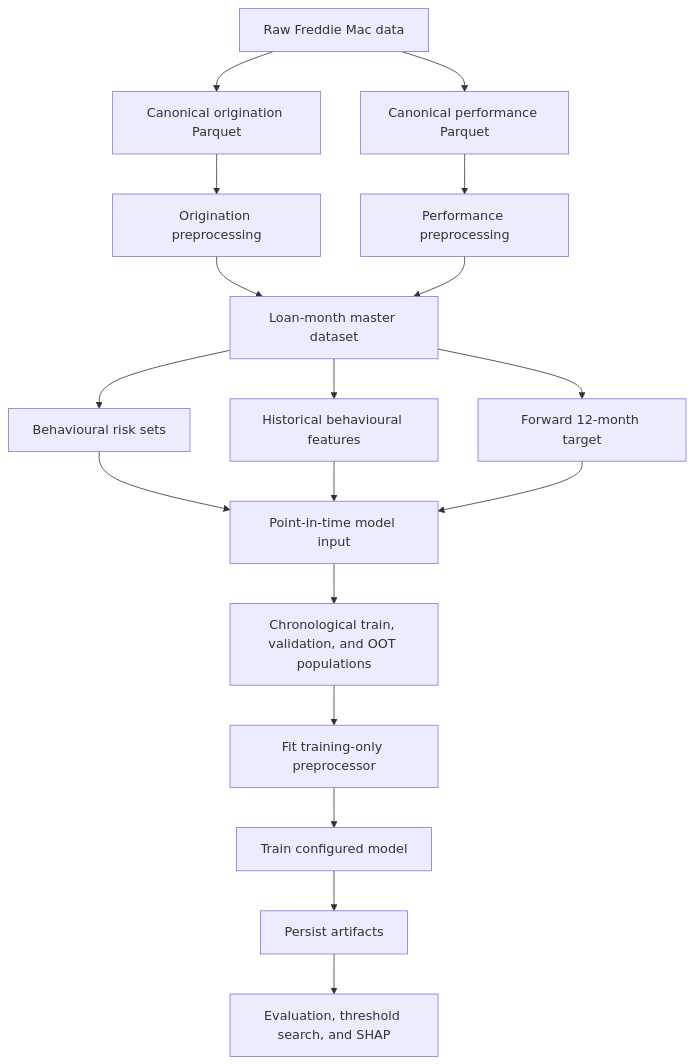
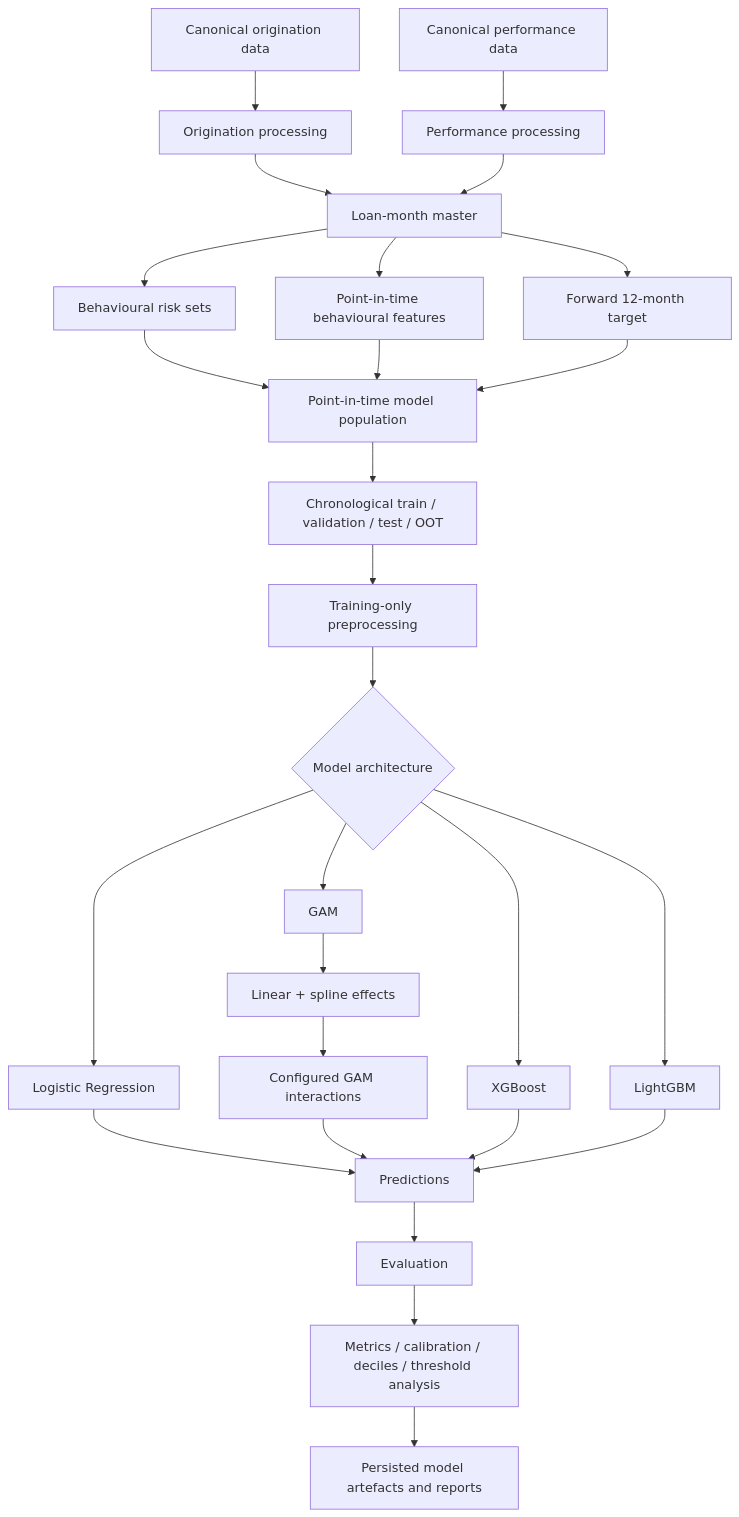
One commit to dhrumilvora/mortgage-credit-risk changed the diagram in docs/project_flow.md. Above: the diagram before and after it, drawn with Mermaid. The commit also changed other lines of this file and 7 other files, not shown here.

````diff
--- a/docs/project_flow.md
+++ b/docs/project_flow.md
@@ -5,20 +27,40 @@
 ```mermaid
 flowchart TD
-    A[Raw Freddie Mac data] --> B[Canonical origination Parquet]
-    A --> C[Canonical performance Parquet]
-    B --> D[Origination preprocessing]
-    C --> E[Performance preprocessing]
-    D --> F[Loan-month master dataset]
-    E --> F
-    F --> G[Behavioural risk sets]
-    F --> H[Historical behavioural features]
-    F --> I[Forward 12-month target]
-    G --> J[Point-in-time model input]
-    H --> J
-    I --> J
-    J --> K[Chronological train, validation, and OOT populations]
-    K --> L[Fit training-only preprocessor]
-    L --> M[Train configured model]
-    M --> N[Persist artifacts]
-    N --> O[Evaluation, threshold search, and SHAP]
+
+    A[Canonical origination data] --> B[Origination processing]
+    A2[Canonical performance data] --> C[Performance processing]
+
+    B --> D[Loan-month master]
+    C --> D
+
+    D --> E[Behavioural risk sets]
+    D --> F[Point-in-time behavioural features]
+    D --> G[Forward 12-month target]
+
+    E --> H[Point-in-time model population]
+    F --> H
+    G --> H
+
+    H --> I[Chronological train / validation / test / OOT]
+
+    I --> J[Training-only preprocessing]
+
+    J --> K{Model architecture}
+
+    K --> L[Logistic Regression]
+    K --> M[GAM]
+    K --> N[XGBoost]
+    K --> O[LightGBM]
+
+    M --> M1[Linear + spline effects]
+    M1 --> M2[Configured GAM interactions]
+
+    L --> P[Predictions]
+    M2 --> P
+    N --> P
+    O --> P
+
+    P --> Q[Evaluation]
+    Q --> R[Metrics / calibration / deciles / threshold analysis]
+    R --> S[Persisted model artefacts and reports]
 ```
````
